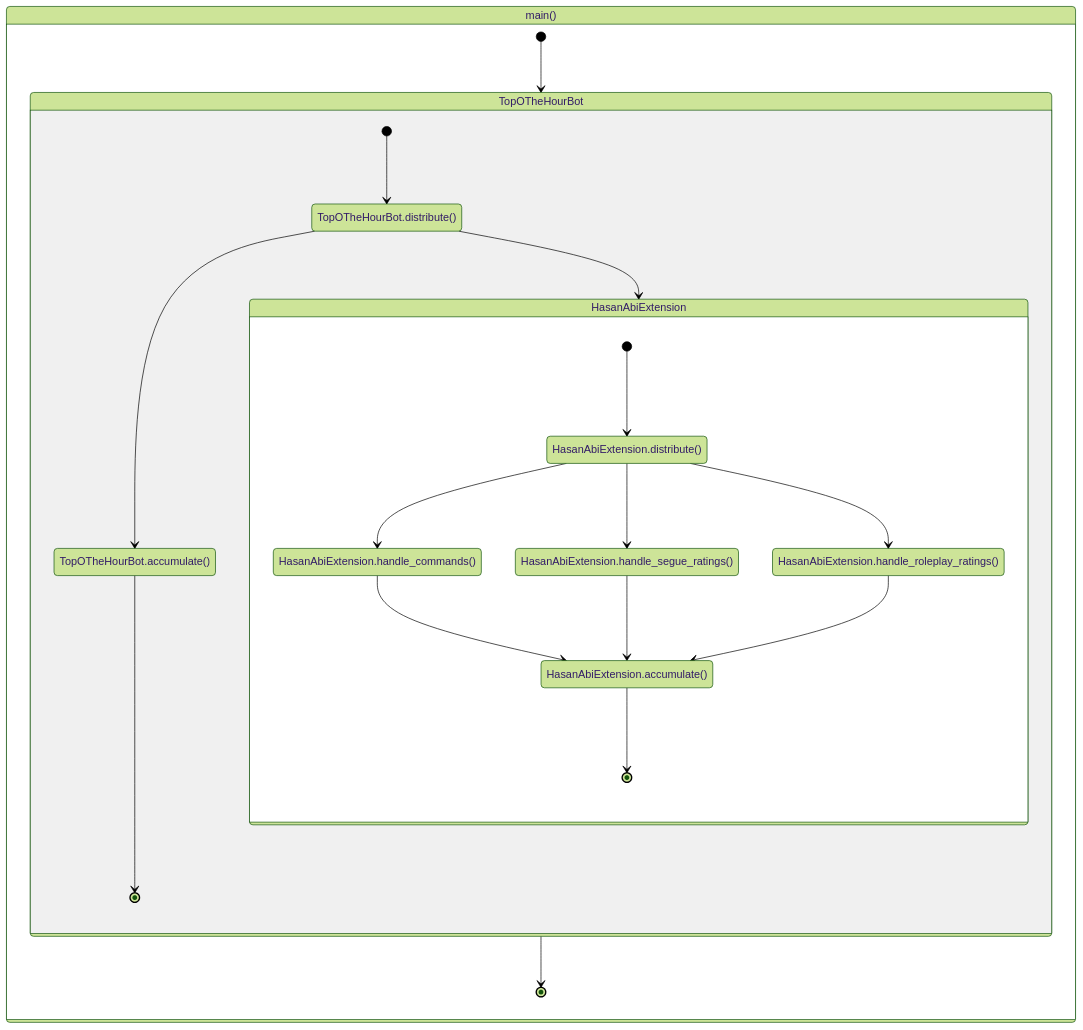
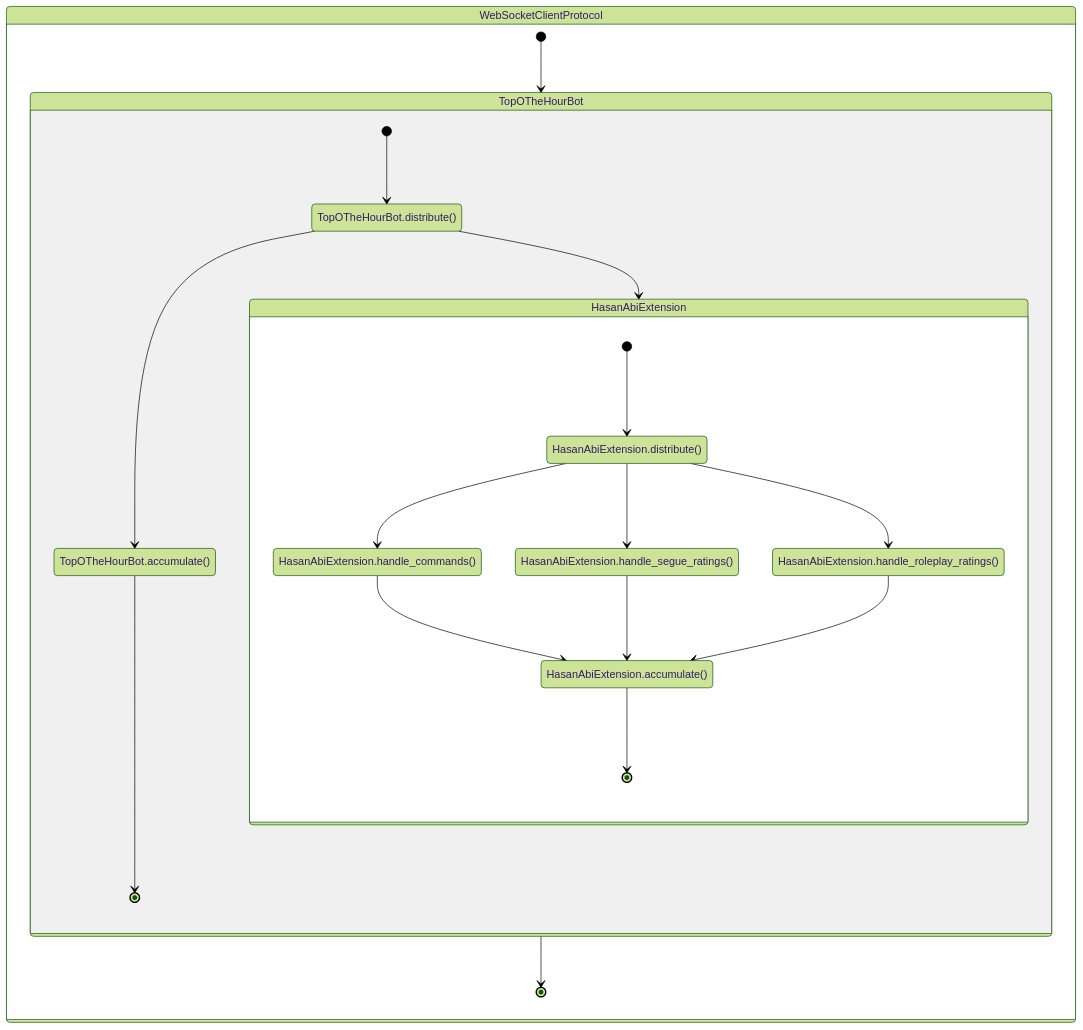
One commit to TopOTheHourBot/TopOTheHourBot changed the diagram in CONTRIBUTING.md. Above: the diagram before and after it, drawn with Mermaid (forest theme).

Commit message:
More accurate to say `WebSocketClientProtocol`

````diff
--- a/CONTRIBUTING.md
+++ b/CONTRIBUTING.md
@@ -73,23 +73,23 @@
 ```mermaid
 stateDiagram-v2
-    state main() {
+    state WebSocketClientProtocol {
         [*] --> TopOTheHourBot
         TopOTheHourBot --> [*]
         state TopOTheHourBot {
             [*] --> TopOTheHourBot.distribute()
             TopOTheHourBot.distribute() --> TopOTheHourBot.accumulate()
             TopOTheHourBot.distribute() --> HasanAbiExtension
             TopOTheHourBot.accumulate() --> [*]
             state HasanAbiExtension {
                 [*] --> HasanAbiExtension.distribute()
                 HasanAbiExtension.distribute() --> HasanAbiExtension.handle_commands()
                 HasanAbiExtension.distribute() --> HasanAbiExtension.handle_segue_ratings()
                 HasanAbiExtension.distribute() --> HasanAbiExtension.handle_roleplay_ratings()
                 HasanAbiExtension.handle_commands() --> HasanAbiExtension.accumulate()
                 HasanAbiExtension.handle_segue_ratings() --> HasanAbiExtension.accumulate()
                 HasanAbiExtension.handle_roleplay_ratings() --> HasanAbiExtension.accumulate()
                 HasanAbiExtension.accumulate() --> [*]
             }
         }
     }
 ```
````
